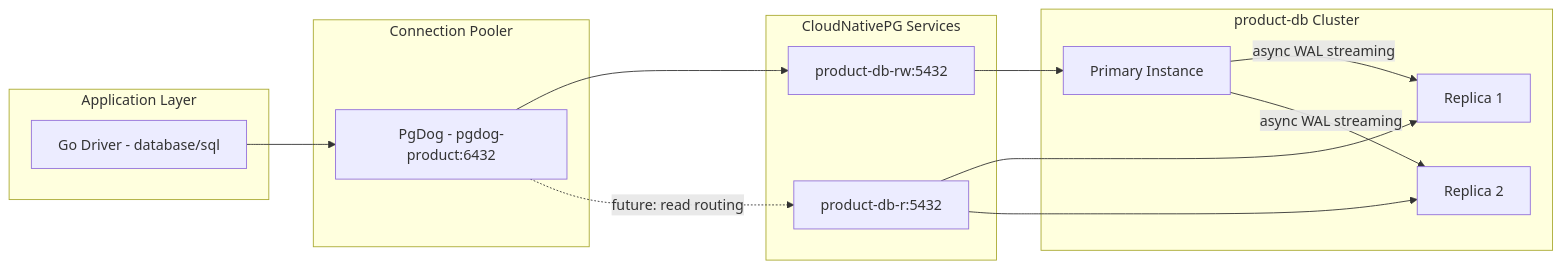
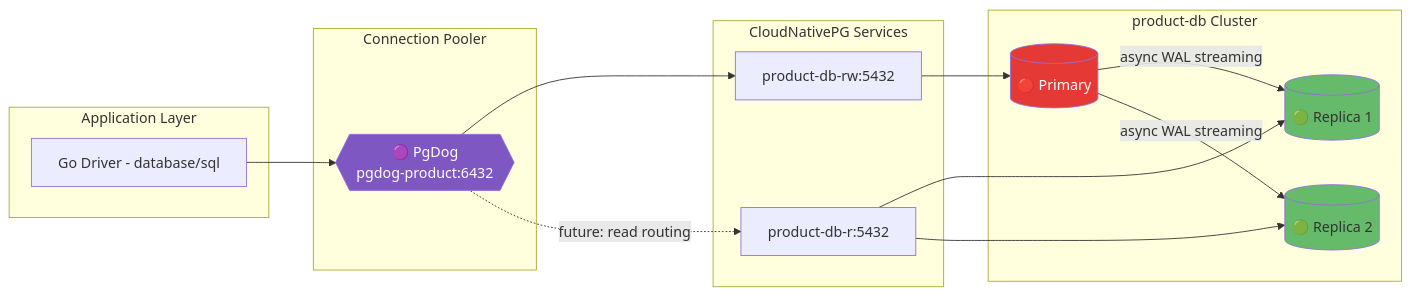
Before and after one commit to duynhlab/homelab: the sixth of 6 diagrams in kubernetes/infra/configs/databases/clusters/README.md, drawn with Mermaid. The commit also changed other lines of this file and 18 other files, not shown here.

````diff
--- a/kubernetes/infra/configs/databases/clusters/README.md
+++ b/kubernetes/infra/configs/databases/clusters/README.md
@@ -465,30 +500,35 @@
 ```mermaid
 flowchart LR
     subgraph App["Application Layer"]
         Driver["Go Driver - database/sql"]
     end
 
     subgraph Pooler["Connection Pooler"]
-        PgDog["PgDog - pgdog-product:6432"]
+        PgDog{{"🟣 PgDog<br/>pgdog-product:6432"}}
     end
 
     subgraph CNPG["CloudNativePG Services"]
         RW["product-db-rw:5432"]
         R["product-db-r:5432"]
     end
 
     subgraph Cluster["product-db Cluster"]
-        Primary["Primary Instance"]
-        Replica1["Replica 1"]
-        Replica2["Replica 2"]
+        Primary[("🔴 Primary")]
+        Replica1[("🟢 Replica 1")]
+        Replica2[("🟢 Replica 2")]
     end
 
     Driver --> PgDog
     PgDog --> RW
     PgDog -.->|"future: read routing"| R
     RW --> Primary
     R --> Replica1
     R --> Replica2
     Primary -->|"async WAL streaming"| Replica1
     Primary -->|"async WAL streaming"| Replica2
+    
+    style Primary fill:#E53935,color:#fff
+    style Replica1 fill:#66BB6A
+    style Replica2 fill:#66BB6A
+    style PgDog fill:#7E57C2,color:#fff
 ```
````
